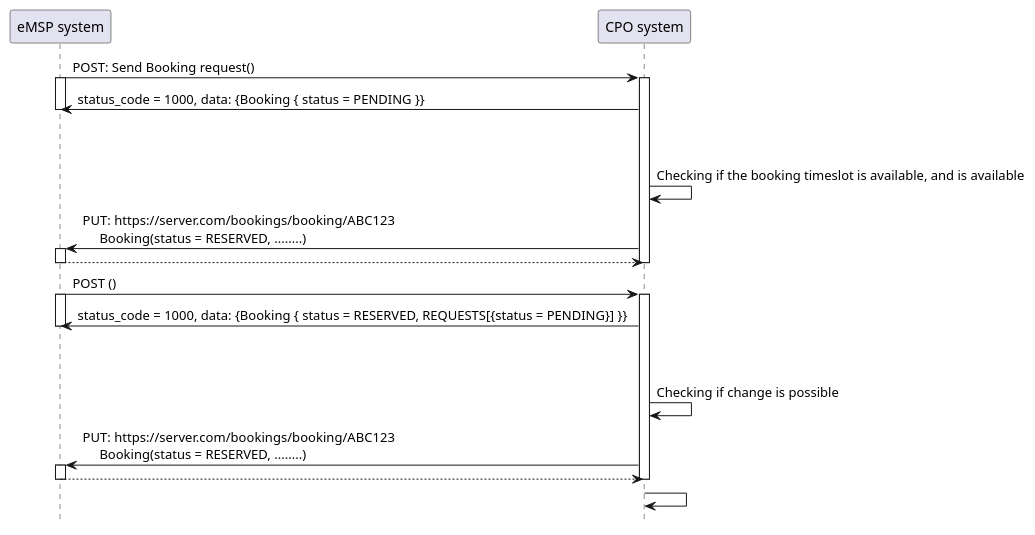
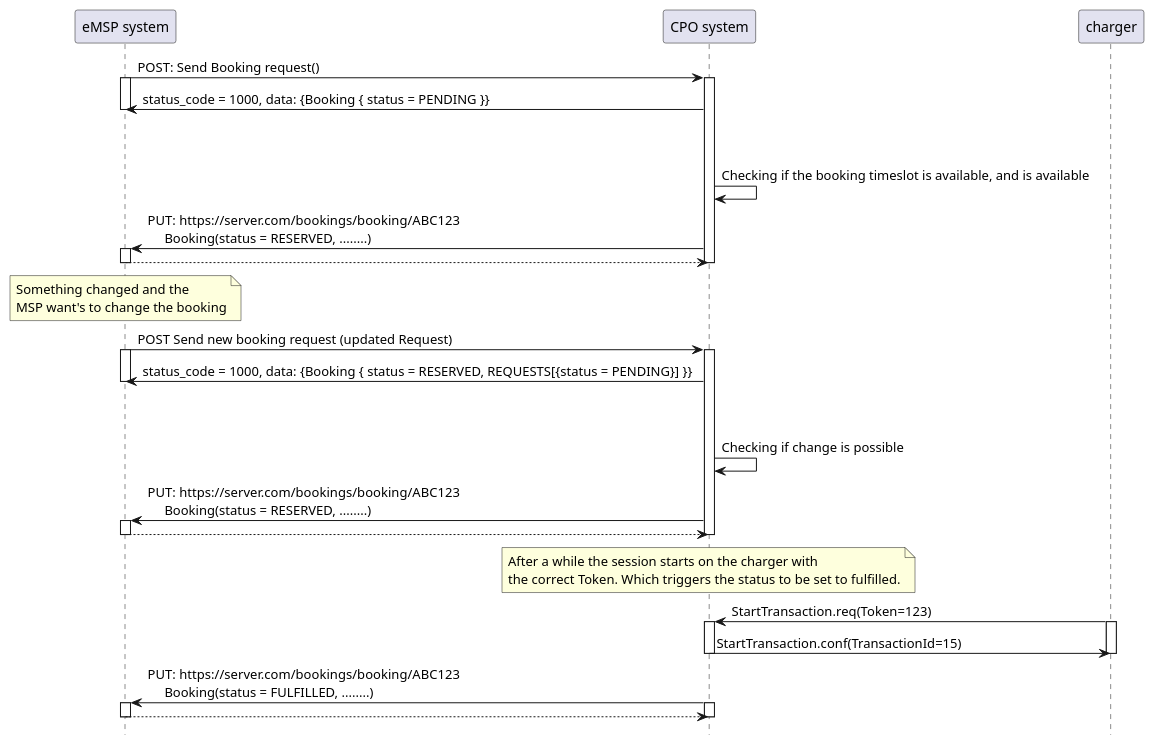
One commit to ocpi/ocpi changed the diagram in plantuml/booking_create_booking_successful.plantuml. Above: the diagram before and after it, drawn with PlantUML. The commit also changed 6 other files, not shown here.

Commit message:
Added diagrams to text, added country code and party id to the request, and added the charging methods that can be communicated

```diff
--- a/plantuml/booking_create_booking_successful.plantuml
+++ b/plantuml/booking_create_booking_successful.plantuml
@@ -1,36 +1,59 @@
 @startuml
 hide footbox
 participant "eMSP system" as MSP
 participant "CPO system" as CPO
+participant charger as CP
 
 MSP -> CPO : POST: Send Booking request()
 activate MSP
 activate CPO
 CPO -> MSP : status_code = 1000, data: {Booking { status = PENDING }}
 deactivate MSP
 ||45||
 CPO -> CPO: Checking if the booking timeslot is available, and is available
 
 CPO  ->  MSP:  PUT: https://server.com/bookings/booking/ABC123\n     Booking(status = RESERVED, ........)
 activate MSP
 MSP --> CPO:
 deactivate MSP
 deactivate CPO
 
-MSP -> CPO : POST ()
+note over MSP
+ Something changed and the
+ MSP want's to change the booking
+end note
+
+MSP -> CPO : POST Send new booking request (updated Request)
 activate MSP
 activate CPO
 CPO -> MSP : status_code = 1000, data: {Booking { status = RESERVED, REQUESTS[{status = PENDING}] }}
 deactivate MSP
 ||45||
 CPO -> CPO: Checking if change is possible
 
 CPO  ->  MSP:  PUT: https://server.com/bookings/booking/ABC123\n     Booking(status = RESERVED, ........)
 activate MSP
 MSP --> CPO:
 deactivate MSP
 deactivate CPO
 
-CPO -> CPO
+note over CPO
+ After a while the session starts on the charger with
+ the correct Token. Which triggers the status to be set to fulfilled.
+end note
+
+CP -> CPO: StartTransaction.req(Token=123)
+activate CP
+activate CPO
+CPO -> CP: StartTransaction.conf(TransactionId=15)
+deactivate CP
+deactivate CPO
+
+CPO  ->  MSP:  PUT: https://server.com/bookings/booking/ABC123\n     Booking(status = FULFILLED, ........)
+activate CPO
+activate MSP
+MSP --> CPO:
+deactivate MSP
+deactivate CPO
 
 @enduml
```
